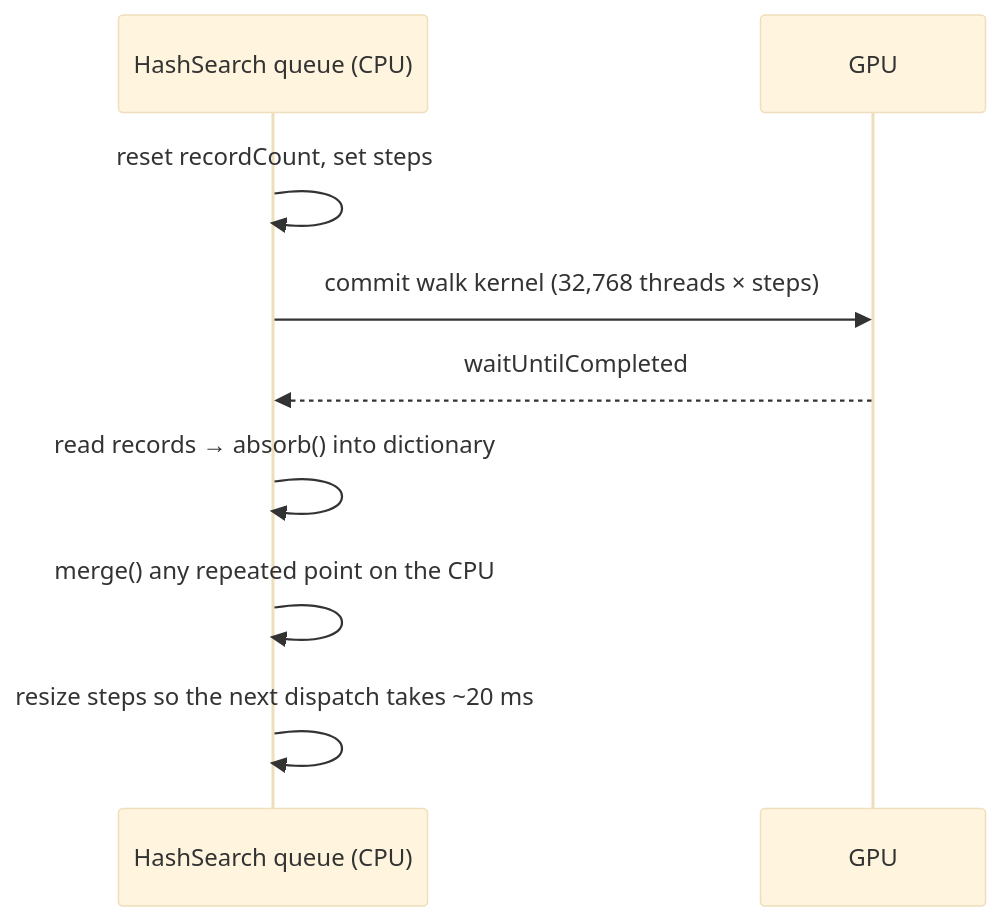
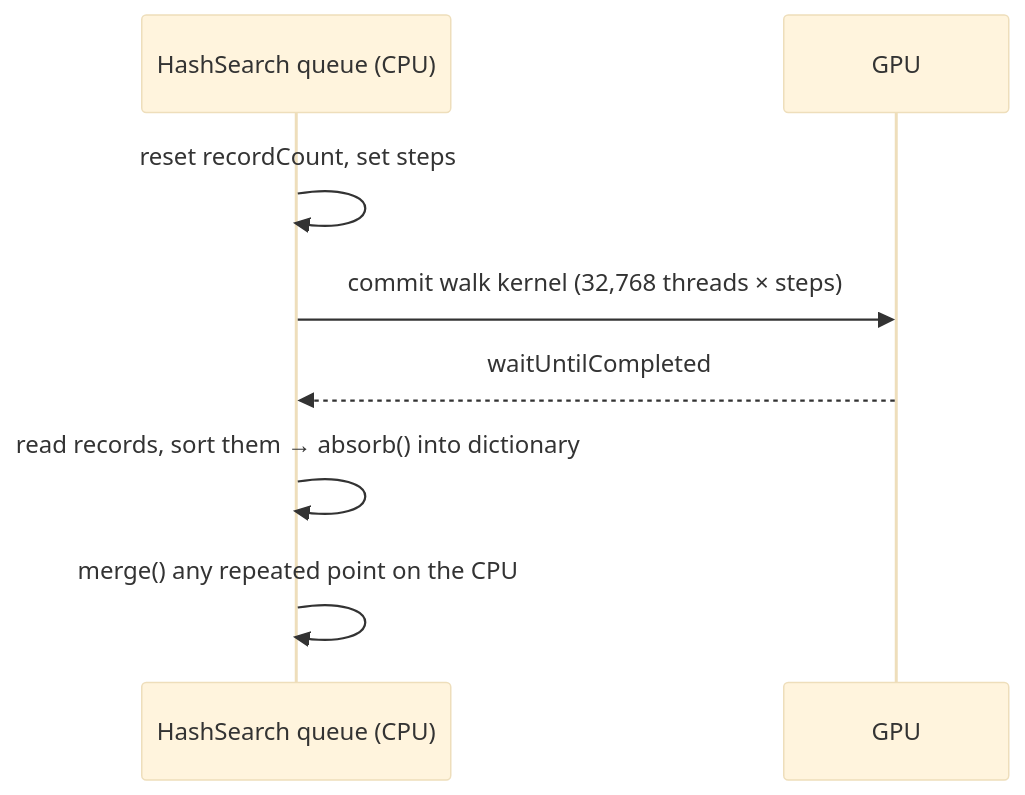
Before and after one commit to LemonPepperSeasoning/Hasher: the third of 3 diagrams in docs/algorithm.md, drawn with Mermaid (base theme). The commit also changed other lines of this file and 12 other files, not shown here.

````diff
--- a/docs/algorithm.md
+++ b/docs/algorithm.md
@@ -215,11 +214,10 @@
 ```mermaid
 sequenceDiagram
     participant Q as HashSearch queue (CPU)
     participant G as GPU
     Q->>Q: reset recordCount, set steps
     Q->>G: commit walk kernel (32,768 threads × steps)
     G-->>Q: waitUntilCompleted
-    Q->>Q: read records → absorb() into dictionary
+    Q->>Q: read records, sort them → absorb() into dictionary
     Q->>Q: merge() any repeated point on the CPU
-    Q->>Q: resize steps so the next dispatch takes ~20 ms
 ```
````
